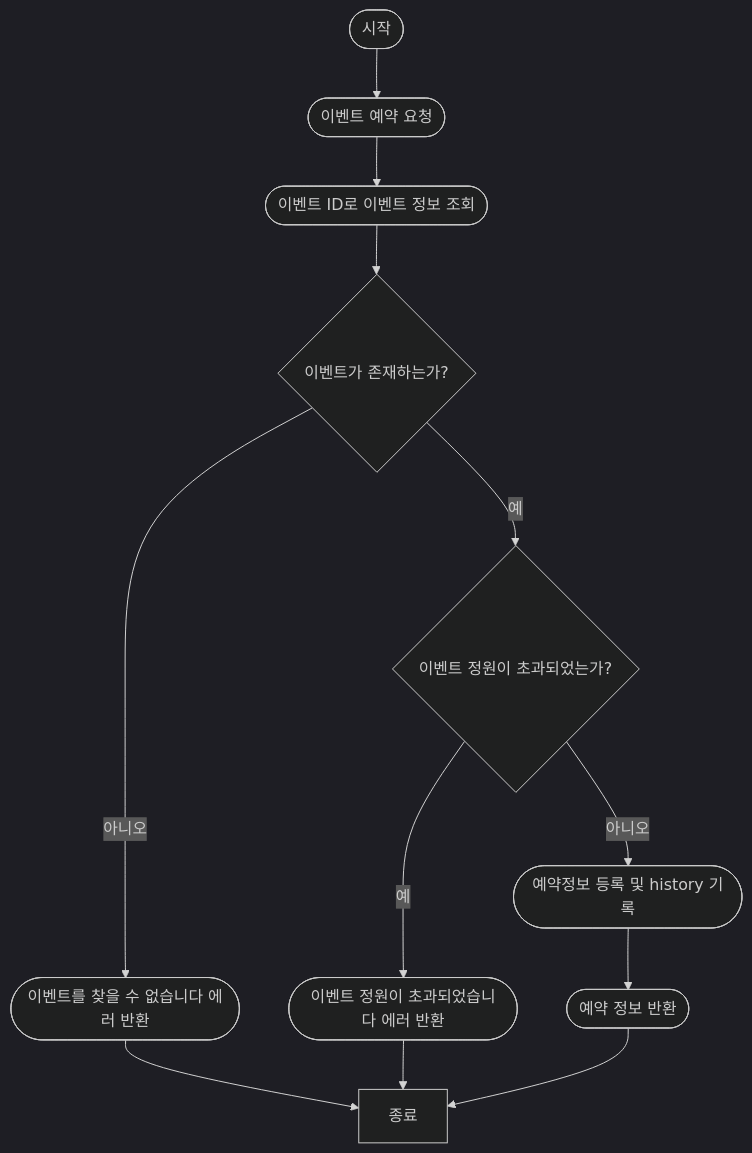
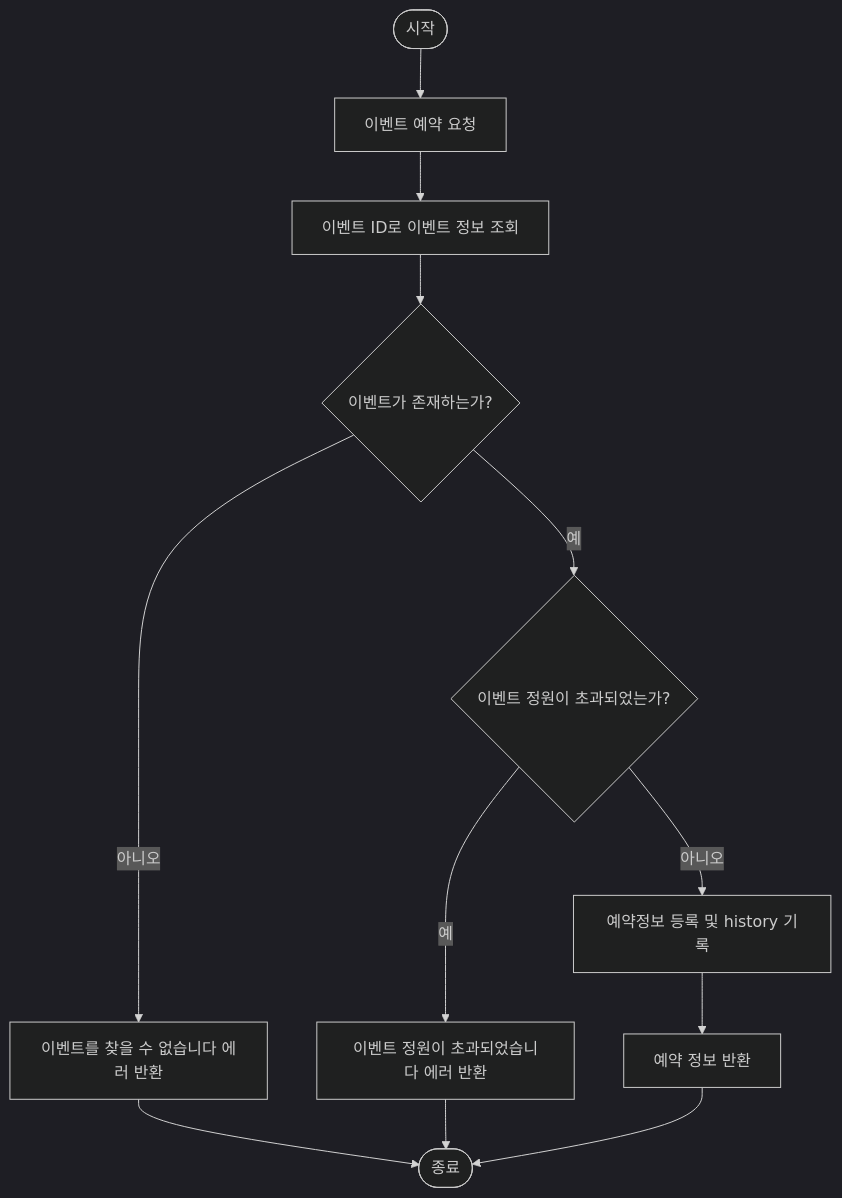
Before and after one commit to mozziroom/mozziroom-backend: the third of 4 diagrams in docs/flow-chart.md, drawn with Mermaid (dark theme). The commit also changed other lines of this file, not shown here.

Commit message:
docs: flow-chart 수정
################
# <타입> : <제목> 의 형식으로 제목을 아래 공백줄에 작성
# 제목은 50자 이내 / (영어)대문자로 시작 / 변경사항이 "무엇"인지 명확히 작성 / 끝에 마침표 금지
# 예) ✨ feat : 로그인 기능 추가

# 바로 아래 공백은 지우지 마세요 (제목과 본문의 분리 위해)

################
# 본문(구체적인 내용)을 아랫줄에 작성
# 여러 줄의 메시지를 작성할 땐 "-"로 구분 (한 줄은 72자 이내)

################
# 꼬릿말(footer)을 아랫줄에 작성 (현재 커밋과 관련된 이슈 번호 추가 등)
# 예) Close #7

################
# ✨ feat: 새로운 기능 추가
# 🐛 fix:	버그 수정
# 📝 docs: 문서 수정
# 💄 style:	코드 포맷 변경, 스타일 수정
# ♻️ refactor: 리팩토링
# ✅ test: 테스트 코드/수정
# 🛠️ chore: 빌드 수정, 패키지 매니저 수정
################

````diff
--- a/docs/flow-chart.md
+++ b/docs/flow-chart.md
@@ -47,14 +47,14 @@
 ```mermaid
 flowchart TD
-    시작([시작]) --> 요청([이벤트 예약 요청])
-    요청 --> 이벤트조회([이벤트 ID로 이벤트 정보 조회])
+    시작([시작]) --> 요청[이벤트 예약 요청]
+    요청 --> 이벤트조회[이벤트 ID로 이벤트 정보 조회]
     이벤트조회 --> 이벤트존재확인{이벤트가 존재하는가?}
-    이벤트존재확인 -- 아니오 --> 이벤트에러반환(["이벤트를 찾을 수 없습니다" 에러 반환])
+    이벤트존재확인 -- 아니오 --> 이벤트에러반환["이벤트를 찾을 수 없습니다" 에러 반환]
     이벤트존재확인 -- 예 --> 이벤트정원확인{이벤트 정원이 초과되었는가?}
-    이벤트정원확인 -- 예 --> 예약에러반환(["이벤트 정원이 초과되었습니다" 에러 반환])
-    이벤트정원확인 -- 아니오 --> 이벤트예약([예약정보 등록 및 history 기록])
-    이벤트예약 --> 예약정보반환([예약 정보 반환])
-    예약정보반환 --> 종료
-    이벤트에러반환 --> 종료
-    예약에러반환 --> 종료
+    이벤트정원확인 -- 예 --> 예약에러반환["이벤트 정원이 초과되었습니다" 에러 반환]
+    이벤트정원확인 -- 아니오 --> 이벤트예약[예약정보 등록 및 history 기록]
+    이벤트예약 --> 예약정보반환[예약 정보 반환]
+    예약정보반환 --> 종료([종료])
+    이벤트에러반환 --> 종료([종료])
+    예약에러반환 --> 종료([종료])
 ```
````
